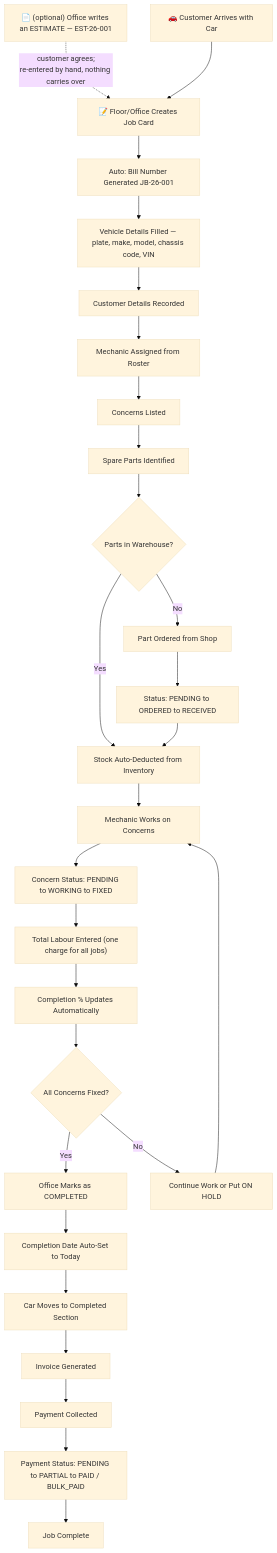
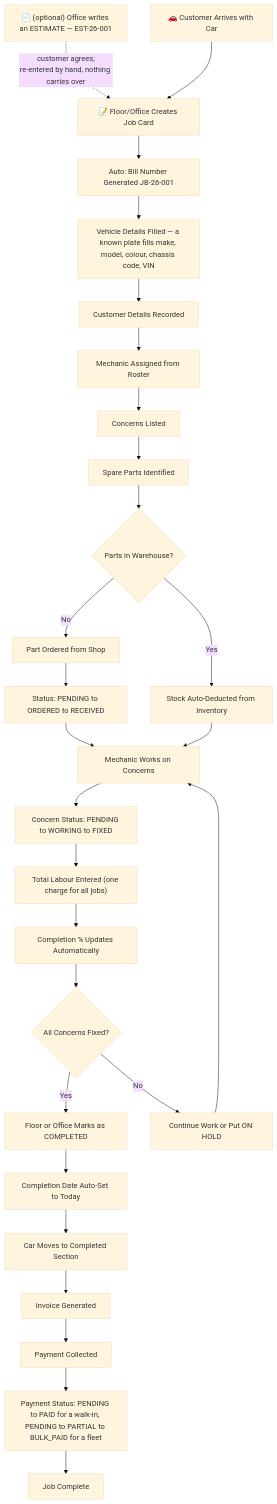
Before and after one commit to Irshaduu/WorkshopOS: the first of 2 diagrams in OPERATIONAL_BLUEPRINT.md, drawn with Mermaid (base theme). The commit also changed other lines of this file and 22 other files, not shown here.

````diff
--- a/OPERATIONAL_BLUEPRINT.md
+++ b/OPERATIONAL_BLUEPRINT.md
@@ -15,34 +15,34 @@
 ```mermaid
 graph TD
     Q0["📄 (optional) Office writes an ESTIMATE — EST-26-001"] -.->|"customer agrees;<br/>re-entered by hand, nothing carries over"| B
     A["🚗 Customer Arrives with Car"] --> B["📝 Floor/Office Creates Job Card"]
     B --> C["Auto: Bill Number Generated JB-26-001"]
-    C --> D["Vehicle Details Filled — plate, make, model, chassis code, VIN"]
+    C --> D["Vehicle Details Filled — a known plate fills make, model, colour, chassis code, VIN"]
     D --> E["Customer Details Recorded"]
     E --> F["Mechanic Assigned from Roster"]
     F --> G["Concerns Listed"]
     G --> H["Spare Parts Identified"]
 
     H --> I{"Parts in Warehouse?"}
     I -->|"Yes"| J["Stock Auto-Deducted from Inventory"]
     I -->|"No"| K["Part Ordered from Shop"]
     K --> L["Status: PENDING to ORDERED to RECEIVED"]
-    L --> J
+    L --> M
 
     J --> M["Mechanic Works on Concerns"]
     M --> N["Concern Status: PENDING to WORKING to FIXED"]
     N --> O["Total Labour Entered (one charge for all jobs)"]
     O --> P["Completion % Updates Automatically"]
 
     P --> Q{"All Concerns Fixed?"}
-    Q -->|"Yes"| R["Office Marks as COMPLETED"]
+    Q -->|"Yes"| R["Floor or Office Marks as COMPLETED"]
     Q -->|"No"| S["Continue Work or Put ON HOLD"]
     S --> M
 
     R --> T["Completion Date Auto-Set to Today"]
     T --> U["Car Moves to Completed Section"]
     U --> V["Invoice Generated"]
     V --> W["Payment Collected"]
-    W --> X["Payment Status: PENDING to PARTIAL to PAID / BULK_PAID"]
+    W --> X["Payment Status: PENDING to PAID for a walk-in, PENDING to PARTIAL to BULK_PAID for a fleet"]
     X --> Y["Job Complete"]
 ```
````
